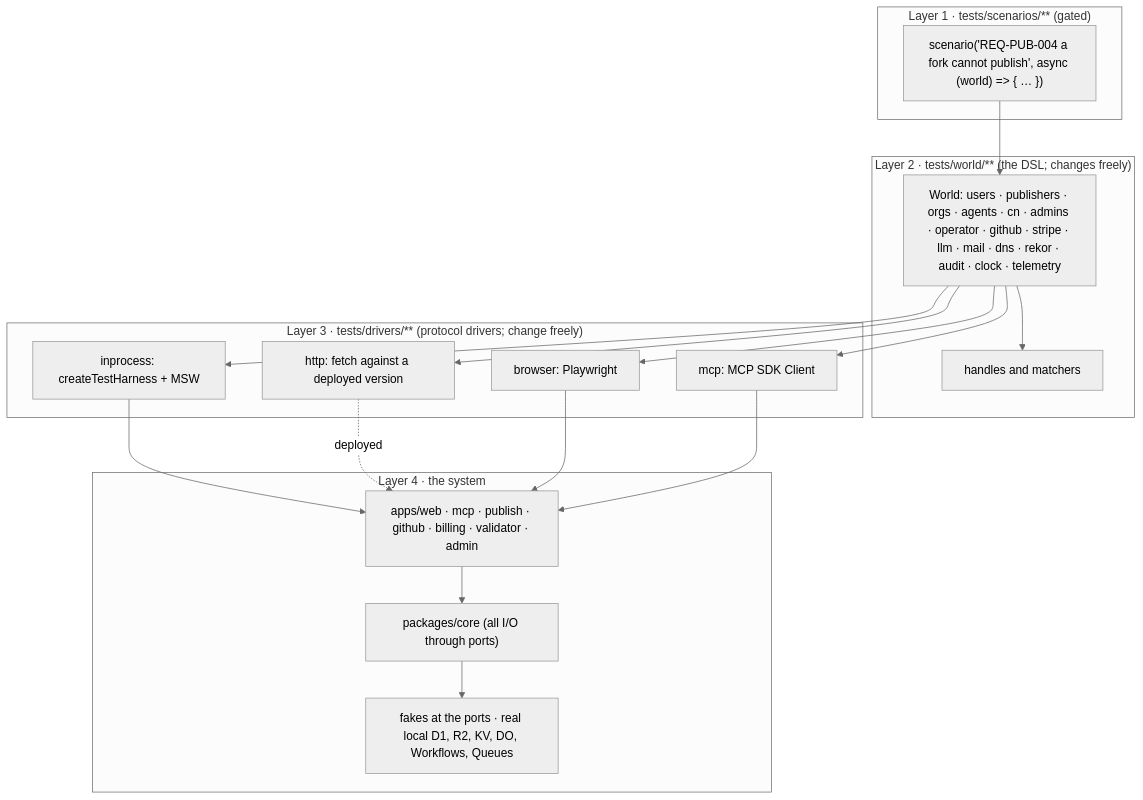
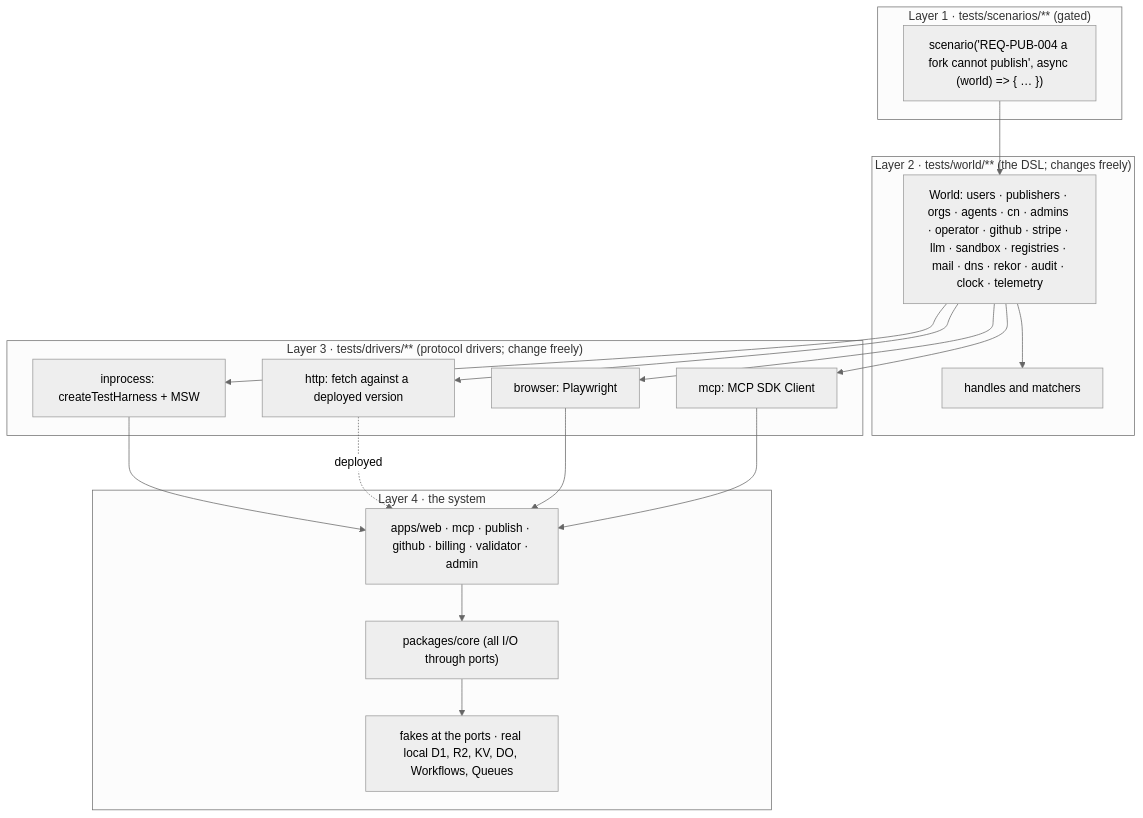
The diagram in docs/testing/README.md (Claudinite/PackServer), drawn with Mermaid (neutral theme) before and after one commit. The commit also changed other lines of this file and 10 other files, not shown here.

First line of the commit message:
Fold the validation-flow review into the register and the test DSL

````diff
--- a/docs/testing/README.md
+++ b/docs/testing/README.md
@@ -53,28 +53,28 @@
 ```mermaid
 flowchart TB
   subgraph L1["Layer 1 · tests/scenarios/**  (gated)"]
     S["scenario('REQ-PUB-004 a fork cannot publish', async (world) => { … })"]
   end
   subgraph L2["Layer 2 · tests/world/**  (the DSL; changes freely)"]
-    W["World: users · publishers · orgs · agents · cn · admins · operator · github · stripe · llm · mail · dns · rekor · audit · clock · telemetry"]
+    W["World: users · publishers · orgs · agents · cn · admins · operator · github · stripe · llm · sandbox · registries · mail · dns · rekor · audit · clock · telemetry"]
     M["handles and matchers"]
   end
   subgraph L3["Layer 3 · tests/drivers/**  (protocol drivers; change freely)"]
     D1["inprocess: createTestHarness + MSW"]
     D2["http: fetch against a deployed version"]
     D3["browser: Playwright"]
     D4["mcp: MCP SDK Client"]
   end
   subgraph L4["Layer 4 · the system"]
     A["apps/web · mcp · publish · github · billing · validator · admin"]
     C["packages/core (all I/O through ports)"]
     F["fakes at the ports · real local D1, R2, KV, DO, Workflows, Queues"]
   end
   S --> W --> M
   W --> D1 & D2 & D3 & D4
   D1 --> A
   D2 -.deployed.-> A
   D3 --> A
   D4 --> A
   A --> C --> F
 ```
````
